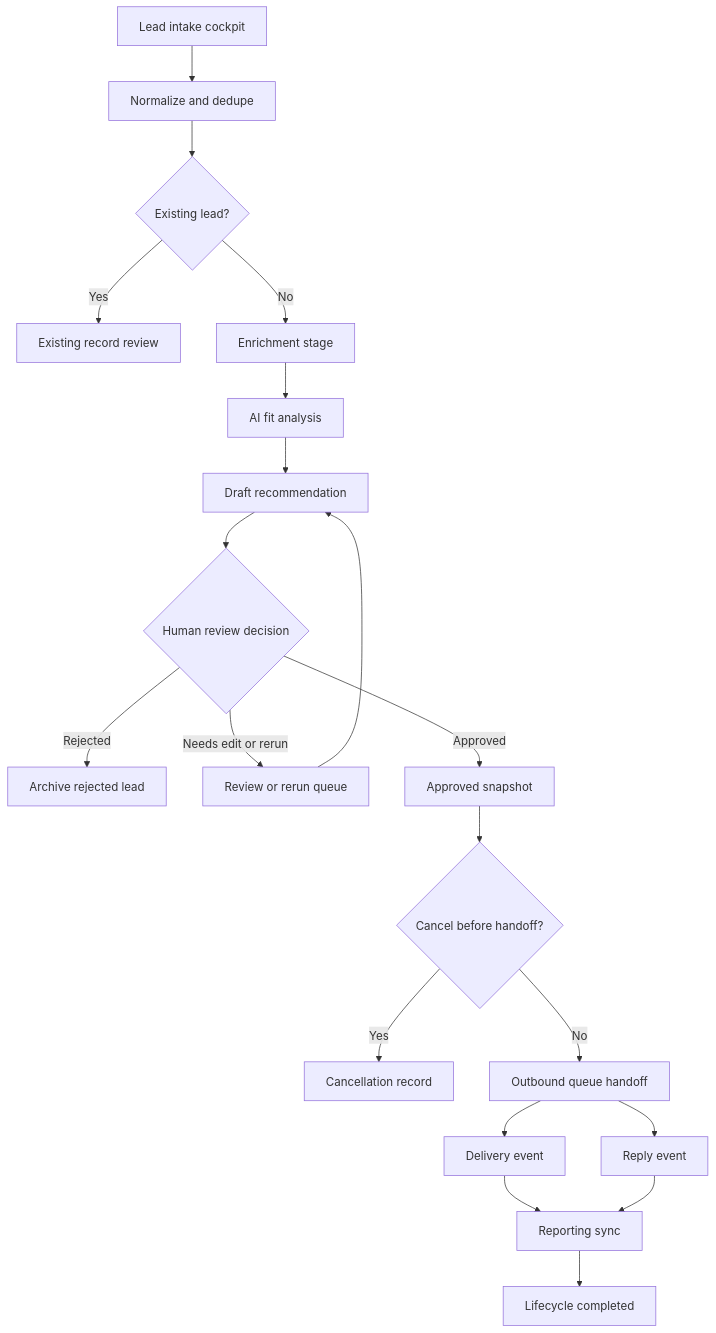
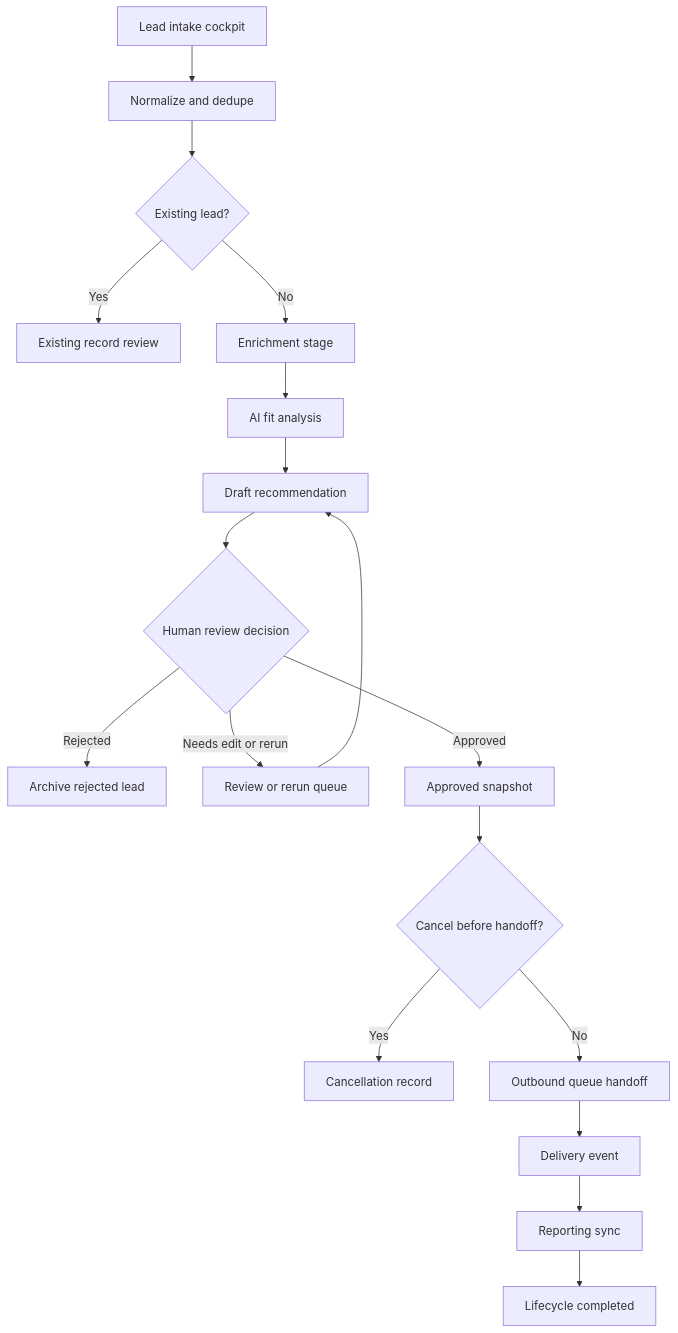
Before and after one commit to kingdomledger/AI_Growth_Systems_Design_Patterns: the diagram in 02-lead-enrichment-outreach-system/README.md, drawn with Mermaid. The commit also changed other lines of this file and 2 other files, not shown here.

Commit message:
Remove reply event from lead demo

````diff
--- a/02-lead-enrichment-outreach-system/README.md
+++ b/02-lead-enrichment-outreach-system/README.md
@@ -13,22 +13,20 @@
 ```mermaid
 flowchart TD
   A[Lead intake cockpit] --> B[Normalize and dedupe]
   B --> C{Existing lead?}
   C -- Yes --> D[Existing record review]
   C -- No --> E[Enrichment stage]
   E --> F[AI fit analysis]
   F --> G[Draft recommendation]
   G --> H{Human review decision}
   H -- Rejected --> I[Archive rejected lead]
   H -- Needs edit or rerun --> J[Review or rerun queue]
   J --> G
   H -- Approved --> K[Approved snapshot]
   K --> L{Cancel before handoff?}
   L -- Yes --> M[Cancellation record]
   L -- No --> P[Outbound queue handoff]
   P --> Q[Delivery event]
-  P --> R[Reply event]
   Q --> S[Reporting sync]
-  R --> S
   S --> T[Lifecycle completed]
 ```
````
